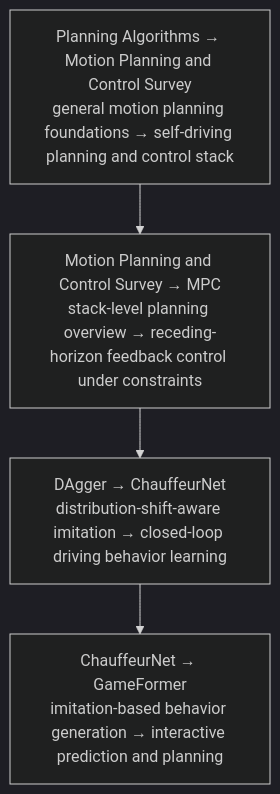
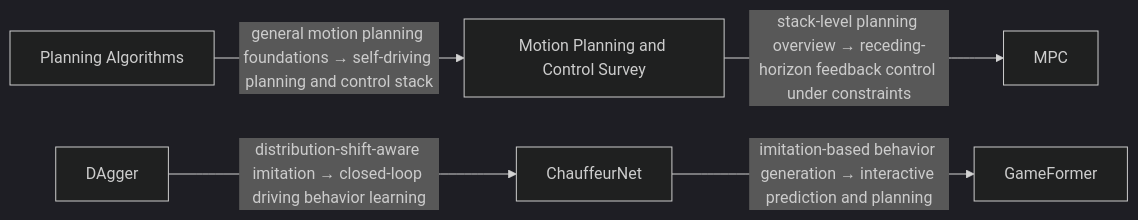
One commit to SechanOh/awesome-multimodal-perception changed the tenth of 15 diagrams in README.md. Above: the diagram before and after it, drawn with Mermaid (dark theme). The commit also changed other lines of this file, not shown here.

Commit message:
Refine field evolution diagrams

````diff
--- a/README.md
+++ b/README.md
@@ -412,8 +465,13 @@
 ```mermaid
-flowchart TD
-    step1["Planning Algorithms → Motion Planning and Control Survey<br/>general motion planning foundations → self-driving planning and control stack"]
-    step2["Motion Planning and Control Survey → MPC<br/>stack-level planning overview → receding-horizon feedback control under constraints"]
-    step3["DAgger → ChauffeurNet<br/>distribution-shift-aware imitation → closed-loop driving behavior learning"]
-    step4["ChauffeurNet → GameFormer<br/>imitation-based behavior generation → interactive prediction and planning"]
-    step1 --> step2 --> step3 --> step4
+flowchart LR
+    s9n1["Planning Algorithms"]
+    s9n2["Motion Planning and Control Survey"]
+    s9n3["MPC"]
+    s9n4["DAgger"]
+    s9n5["ChauffeurNet"]
+    s9n6["GameFormer"]
+    s9n1 -->|"general motion planning foundations → self-driving planning and control stack"| s9n2
+    s9n2 -->|"stack-level planning overview → receding-horizon feedback control under constraints"| s9n3
+    s9n4 -->|"distribution-shift-aware imitation → closed-loop driving behavior learning"| s9n5
+    s9n5 -->|"imitation-based behavior generation → interactive prediction and planning"| s9n6
 ```
````
